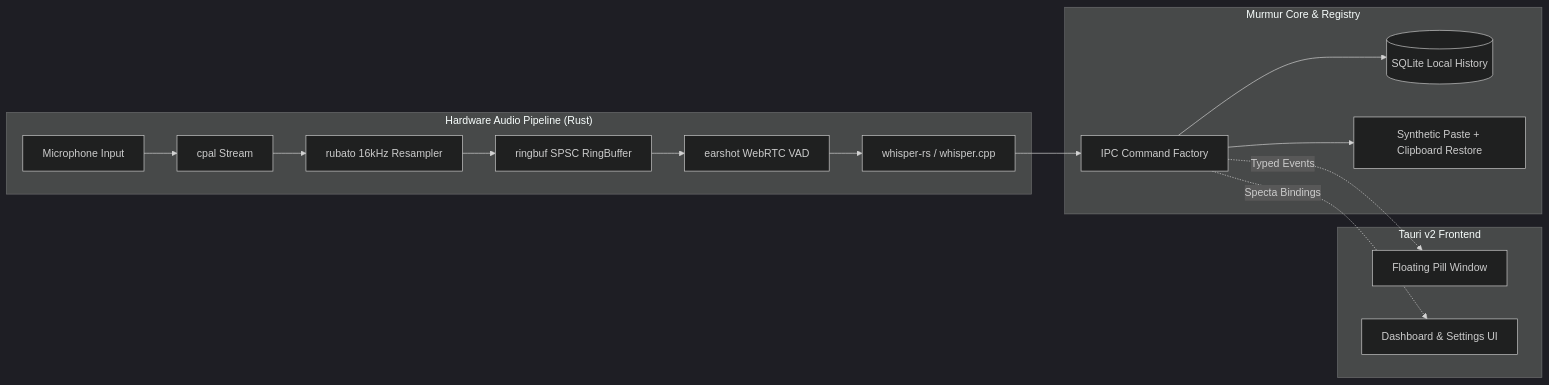
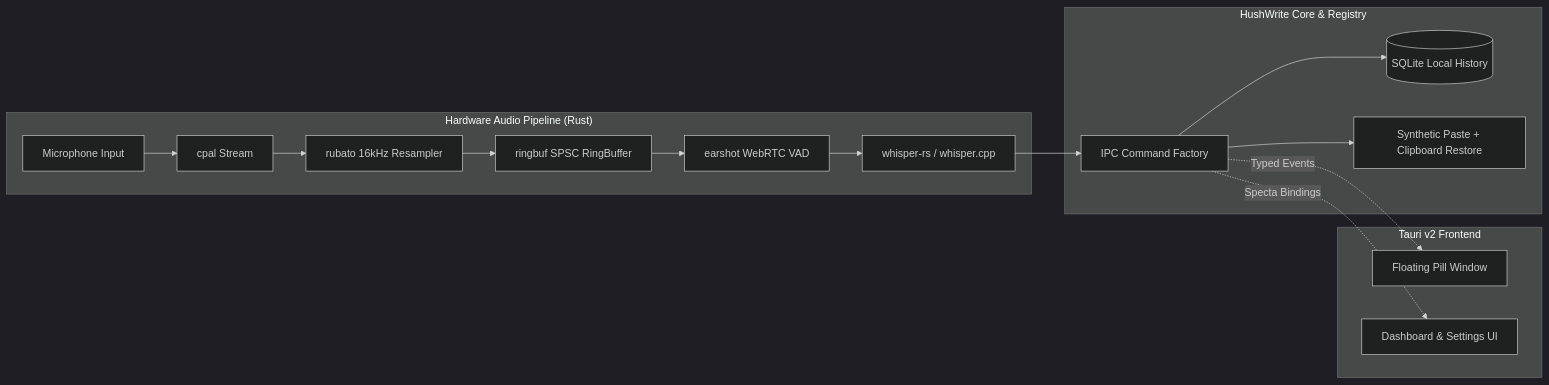
Before and after one commit to alexgutscher26/murmur-main: the diagram in README.md, drawn with Mermaid (dark theme). The commit also changed other lines of this file and 272 other files, not shown here.

Commit message:
feat: implement core backend architecture, frontend features, and website components for Murmur

````diff
--- a/README.md
+++ b/README.md
@@ -73,21 +73,21 @@
 ```mermaid
 flowchart LR
     subgraph AudioPipeline ["Hardware Audio Pipeline (Rust)"]
         Mic[Microphone Input] --> cpal[cpal Stream]
         cpal --> rubato[rubato 16kHz Resampler]
         rubato --> ringbuf[ringbuf SPSC RingBuffer]
         ringbuf --> VAD[earshot WebRTC VAD]
         VAD --> Whisper[whisper-rs / whisper.cpp]
     end
 
-    subgraph CoreEngine ["Murmur Core & Registry"]
+    subgraph CoreEngine ["HushWrite Core & Registry"]
         Whisper --> Factory[IPC Command Factory]
         Factory --> DB[(SQLite Local History)]
         Factory --> SystemPaste[Synthetic Paste + Clipboard Restore]
     end
 
     subgraph UI ["Tauri v2 Frontend"]
         Factory -. Typed Events .-> Pill[Floating Pill Window]
         Factory -. Specta Bindings .-> Dashboard[Dashboard & Settings UI]
     end
 ```
````
